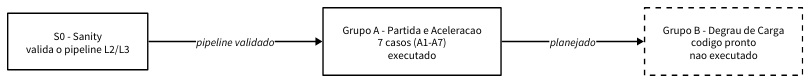
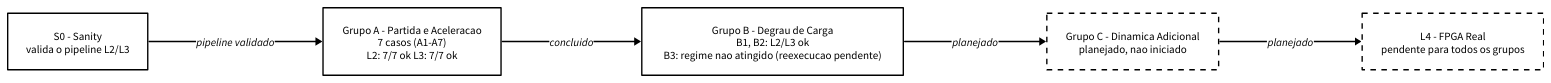
One commit to urielcontardi/Hardware-in-the-Loop changed the diagram in docs/diagrams/06-validation-groups.d2. Above: the diagram before and after it, drawn with D2. The commit also changed 3 other files, not shown here.

Commit message:
📝 docs(diagrams): update figure 06, Group B done, Group C and L4

```diff
--- a/docs/diagrams/06-validation-groups.d2
+++ b/docs/diagrams/06-validation-groups.d2
@@ -1,20 +1,25 @@
 # =============================================================================
-# Figura 06 - Sequencia dos grupos de ensaio da campanha (S0 -> Grupo A -> Grupo B).
-# Nao detalha parametros internos (ver tabela da matriz de parametros no capitulo).
+# Figura 06 - Sequencia dos grupos de ensaio da campanha (S0 -> Grupo A -> Grupo
+# B -> Grupo C), com o status L2/L3 de cada grupo. Nao detalha parametros
+# internos (ver tabela da matriz de parametros no capitulo de resultados).
 # =============================================================================
 
 vars: {d2-config: {layout-engine: elk; pad: 40}}
 direction: right
 
 classes: {
   box:     {style: {fill: white; stroke: black; stroke-width: 2; border-radius: 0; font-color: black; bold: false}}
   pending: {style: {fill: white; stroke: black; stroke-width: 2; stroke-dash: 4; border-radius: 0; font-color: black; bold: false}}
   arrow:   {style: {stroke: black; stroke-width: 2; font-color: black; bold: false}}
 }
 
 s0: "S0 - Sanity\nvalida o pipeline L2/L3" {class: box}
-grupo_a: "Grupo A - Partida e Aceleracao\n7 casos (A1-A7)\nexecutado" {class: box}
-grupo_b: "Grupo B - Degrau de Carga\ncodigo pronto\nnao executado" {class: pending}
+grupo_a: "Grupo A - Partida e Aceleracao\n7 casos (A1-A7)\nL2: 7/7 ok  L3: 7/7 ok" {class: box}
+grupo_b: "Grupo B - Degrau de Carga\nB1, B2: L2/L3 ok\nB3: regime nao atingido (reexecucao pendente)" {class: box}
+grupo_c: "Grupo C - Dinamica Adicional\nplanejado, nao iniciado" {class: pending}
+l4: "L4 - FPGA Real\npendente para todos os grupos" {class: pending}
 
 s0 -> grupo_a: "pipeline validado" {class: arrow}
-grupo_a -> grupo_b: "planejado" {class: arrow}
+grupo_a -> grupo_b: "concluido" {class: arrow}
+grupo_b -> grupo_c: "planejado" {class: arrow}
+grupo_c -> l4: "planejado" {class: arrow}
```
